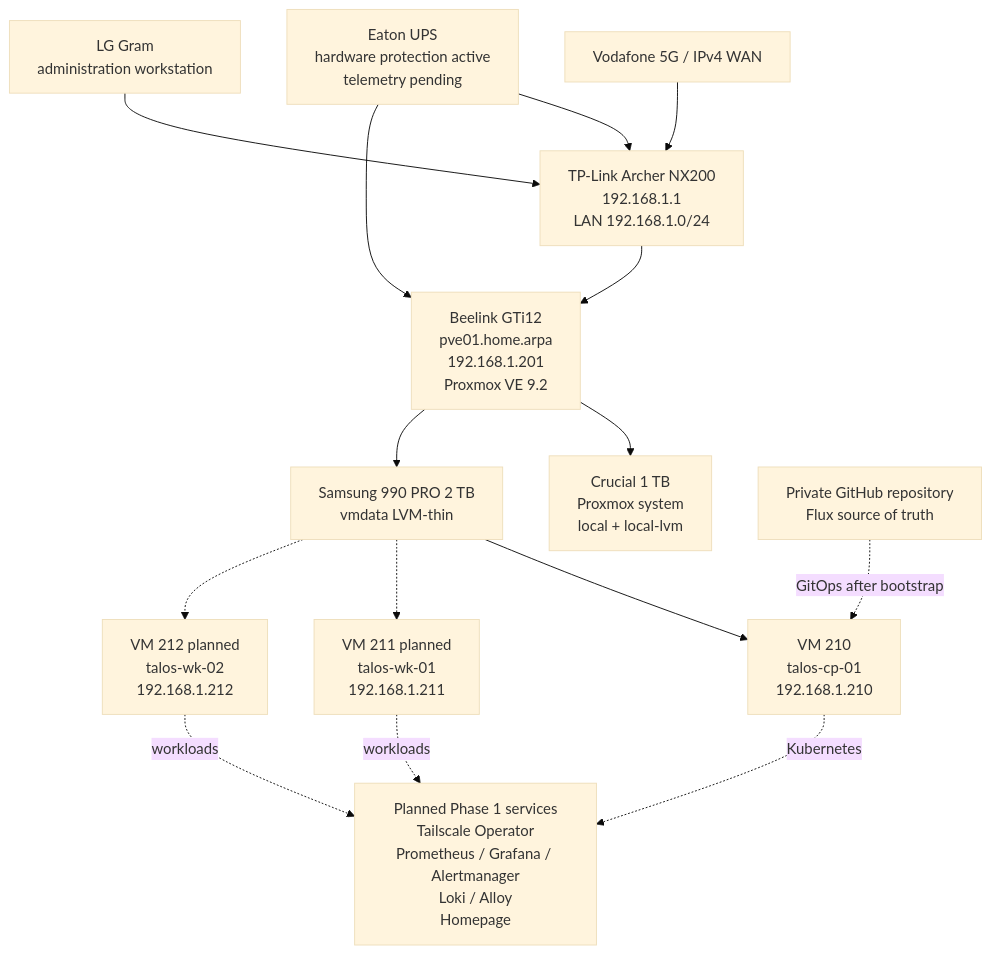
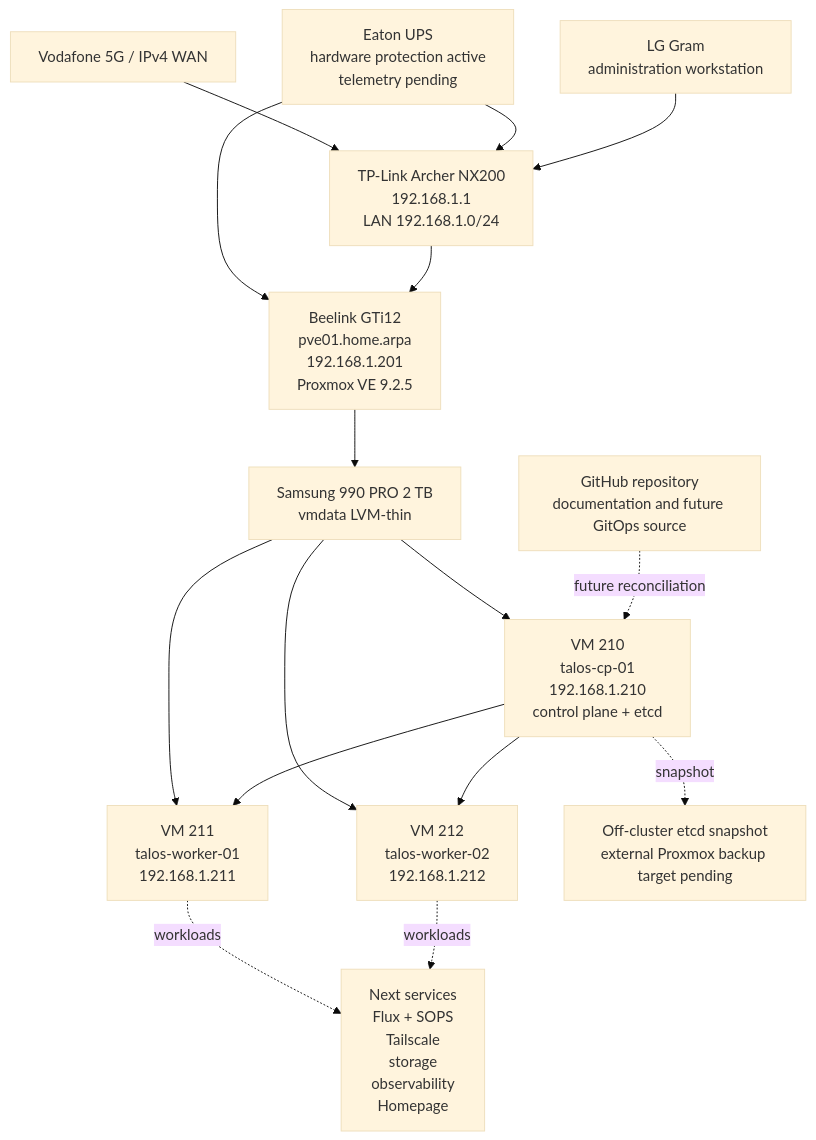
Before and after one commit to dgsuma/dgs-private-cloud: the diagram in README.md, drawn with Mermaid (base theme). The commit also changed other lines of this file and 17 other files, not shown here.

Commit message:
docs: record Talos Kubernetes cluster bootstrap

````diff
--- a/README.md
+++ b/README.md
@@ -38,30 +39,31 @@
 ```mermaid
 flowchart TB
     Internet["Vodafone 5G / IPv4 WAN"]
     UPS["Eaton UPS<br/>hardware protection active<br/>telemetry pending"]
     Router["TP-Link Archer NX200<br/>192.168.1.1<br/>LAN 192.168.1.0/24"]
     Admin["LG Gram<br/>administration workstation"]
-    PVE["Beelink GTi12<br/>pve01.home.arpa<br/>192.168.1.201<br/>Proxmox VE 9.2"]
-    OS["Crucial 1 TB<br/>Proxmox system<br/>local + local-lvm"]
-    DATA["Samsung 990 PRO 2 TB<br/>vmdata LVM-thin"]
-    CP["VM 210<br/>talos-cp-01<br/>192.168.1.210"]
-    W1["VM 211 planned<br/>talos-wk-01<br/>192.168.1.211"]
-    W2["VM 212 planned<br/>talos-wk-02<br/>192.168.1.212"]
-    Git["Private GitHub repository<br/>Flux source of truth"]
-    Services["Planned Phase 1 services<br/>Tailscale Operator<br/>Prometheus / Grafana / Alertmanager<br/>Loki / Alloy<br/>Homepage"]
+    PVE["Beelink GTi12<br/>pve01.home.arpa<br/>192.168.1.201<br/>Proxmox VE 9.2.5"]
+    Storage["Samsung 990 PRO 2 TB<br/>vmdata LVM-thin"]
+    CP["VM 210<br/>talos-cp-01<br/>192.168.1.210<br/>control plane + etcd"]
+    W1["VM 211<br/>talos-worker-01<br/>192.168.1.211"]
+    W2["VM 212<br/>talos-worker-02<br/>192.168.1.212"]
+    Git["GitHub repository<br/>documentation and future GitOps source"]
+    Backup["Off-cluster etcd snapshot<br/>external Proxmox backup target pending"]
+    Future["Next services<br/>Flux + SOPS<br/>Tailscale<br/>storage<br/>observability<br/>Homepage"]
 
     Internet --> Router
     UPS --> Router
     UPS --> PVE
     Admin --> Router
     Router --> PVE
-    PVE --> OS
-    PVE --> DATA
-    DATA --> CP
-    DATA -.-> W1
-    DATA -.-> W2
-    Git -. GitOps after bootstrap .-> CP
-    CP -. Kubernetes .-> Services
-    W1 -. workloads .-> Services
-    W2 -. workloads .-> Services
+    PVE --> Storage
+    Storage --> CP
+    Storage --> W1
+    Storage --> W2
+    CP --> W1
+    CP --> W2
+    CP -. snapshot .-> Backup
+    Git -. future reconciliation .-> CP
+    W1 -. workloads .-> Future
+    W2 -. workloads .-> Future
 ```
````
